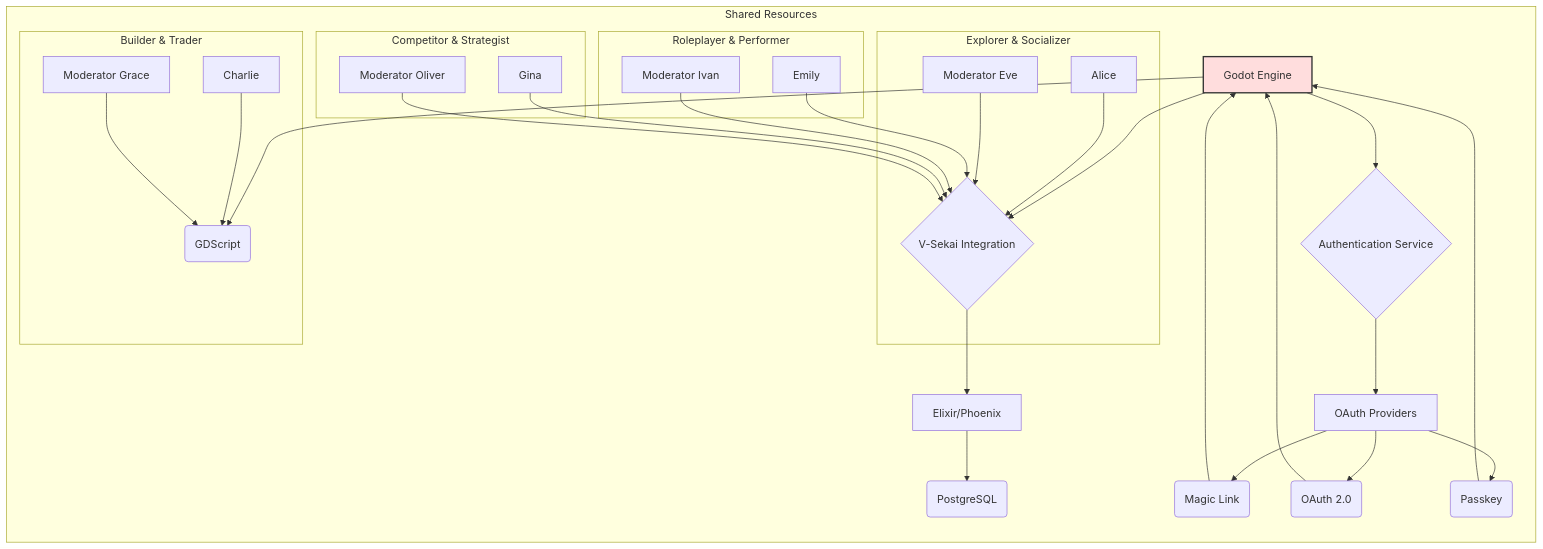
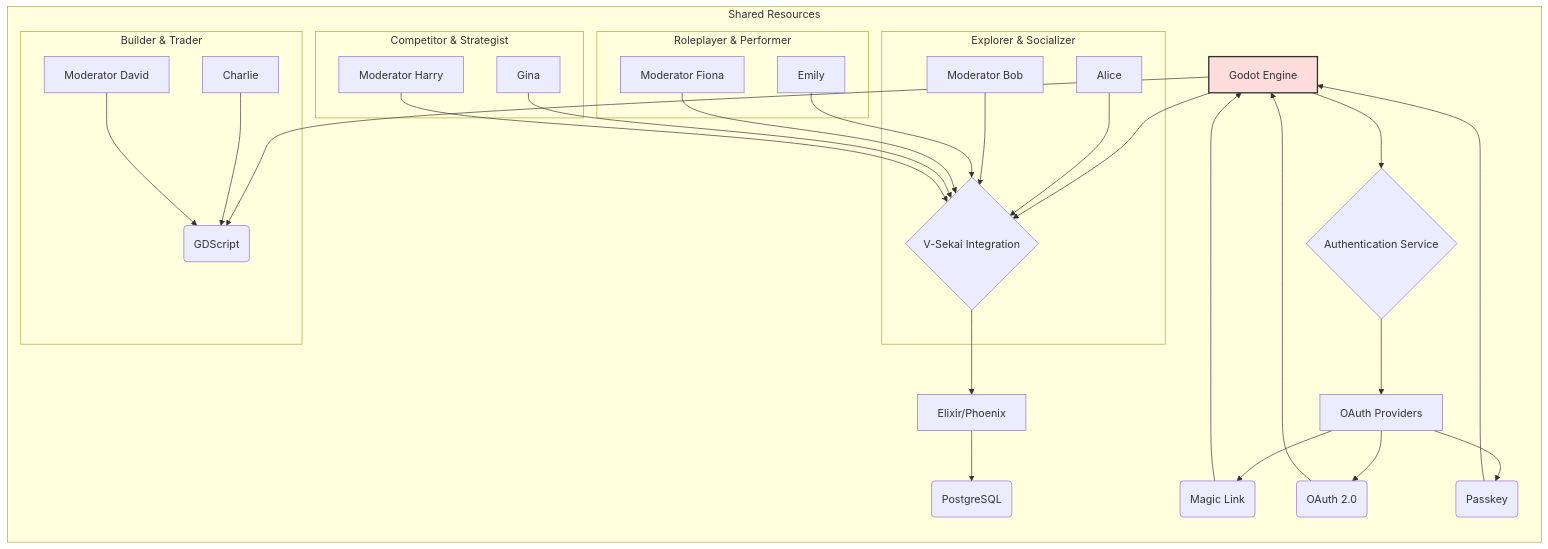
The diagram in decisions/20241229-one-prototyping-stack.md (V-Sekai/manuals), drawn with Mermaid before and after one commit.

Commit message:
Rearrange the names in Single-Stack Prototyping Approach for V-Sekai

````diff
--- a/decisions/20241229-one-prototyping-stack.md
+++ b/decisions/20241229-one-prototyping-stack.md
@@ -35,39 +35,39 @@
 ```mermaid
 graph LR
     subgraph "Shared Resources"
         A[Godot Engine] --> B(GDScript)
         A --> C{V-Sekai Integration}
         C --> D[Elixir/Phoenix]
         D --> E(PostgreSQL)
         A --> F{Authentication Service}
         F --> G[OAuth Providers]
         G --> H(Magic Link)
         G --> I(OAuth 2.0)
         G --> J(Passkey)
         H --> A
         I --> A
         J --> A
         
         subgraph "Explorer & Socializer"
             M[Alice] --> C
-            Q[Moderator Eve] --> C
+            Q[Moderator Bob] --> C
         end
         
         subgraph "Builder & Trader"
             O[Charlie] --> B
-            S[Moderator Grace] --> B
+            S[Moderator David] --> B
         end
         
         subgraph "Roleplayer & Performer"
             U[Emily] --> C
-            V[Moderator Ivan] --> C
+            V[Moderator Fiona] --> C
         end
         
         subgraph "Competitor & Strategist"
             K[Gina] --> C
-            L[Moderator Oliver] --> C
+            L[Moderator Harry] --> C
         end 
     end
 
     style A fill:#fdd,stroke:#333,stroke-width:2px
 ```
````
